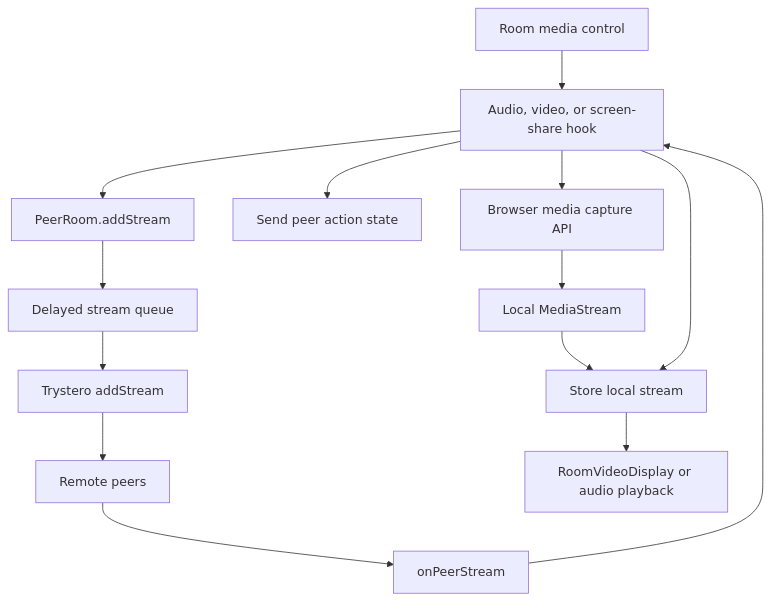
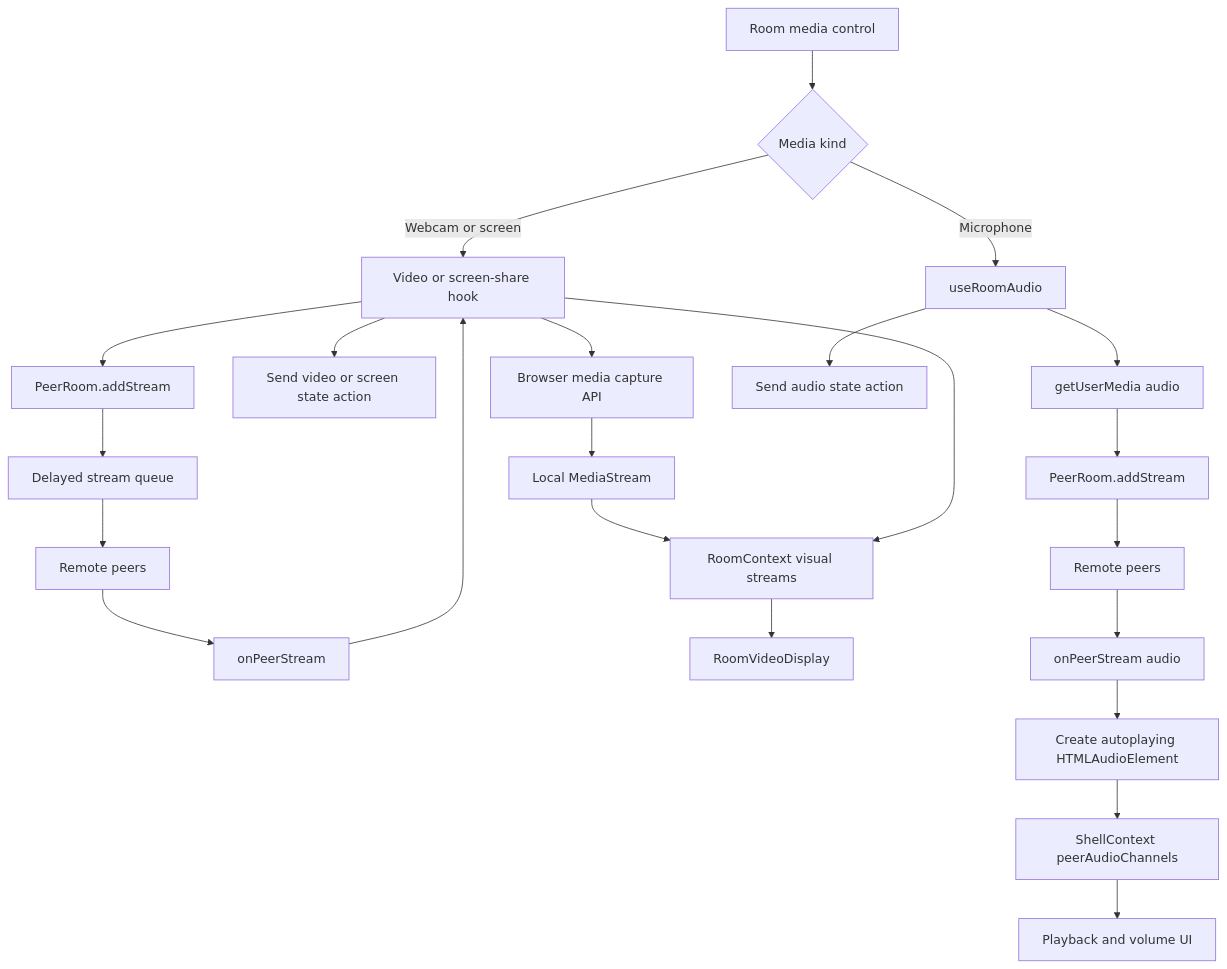
Before and after one commit to drunkod/chitchatter: the sixth of 9 diagrams in docs/architecture/codebase-runtime.md, drawn with Mermaid. The commit also changed other lines of this file and 1 other file, not shown here.

Commit message:
Refine architecture docs for media and links

````diff
--- a/docs/architecture/codebase-runtime.md
+++ b/docs/architecture/codebase-runtime.md
@@ -152,16 +155,27 @@
 ```mermaid
 flowchart TD
-    Control[Room media control] --> FeatureHook[Audio, video, or screen-share hook]
-    FeatureHook --> Device[Browser media capture API]
-    Device --> LocalStream[Local MediaStream]
-    LocalStream --> RoomContext[Store local stream]
-    FeatureHook --> Metadata[Send peer action state]
-    FeatureHook --> PeerRoom[PeerRoom.addStream]
-    PeerRoom --> Queue[Delayed stream queue]
-    Queue --> Trystero[Trystero addStream]
-    Trystero --> Remote[Remote peers]
-    Remote --> Incoming[onPeerStream]
-    Incoming --> FeatureHook
-    FeatureHook --> RoomContext
-    RoomContext --> Display[RoomVideoDisplay or audio playback]
+    Control[Room media control] --> Kind{Media kind}
+
+    Kind -- Webcam or screen --> VisualHook[Video or screen-share hook]
+    VisualHook --> VisualCapture[Browser media capture API]
+    VisualCapture --> VisualLocal[Local MediaStream]
+    VisualLocal --> VisualContext[RoomContext visual streams]
+    VisualHook --> VisualAction[Send video or screen state action]
+    VisualHook --> VisualPeerRoom[PeerRoom.addStream]
+    VisualPeerRoom --> VisualQueue[Delayed stream queue]
+    VisualQueue --> VisualRemote[Remote peers]
+    VisualRemote --> VisualIncoming[onPeerStream]
+    VisualIncoming --> VisualHook
+    VisualHook --> VisualContext
+    VisualContext --> Display[RoomVideoDisplay]
+
+    Kind -- Microphone --> AudioHook[useRoomAudio]
+    AudioHook --> AudioCapture[getUserMedia audio]
+    AudioCapture --> AudioPeerRoom[PeerRoom.addStream]
+    AudioHook --> AudioAction[Send audio state action]
+    AudioPeerRoom --> AudioRemote[Remote peers]
+    AudioRemote --> AudioIncoming[onPeerStream audio]
+    AudioIncoming --> AudioElement[Create autoplaying HTMLAudioElement]
+    AudioElement --> AudioShell[ShellContext peerAudioChannels]
+    AudioShell --> AudioUI[Playback and volume UI]
 ```
````
